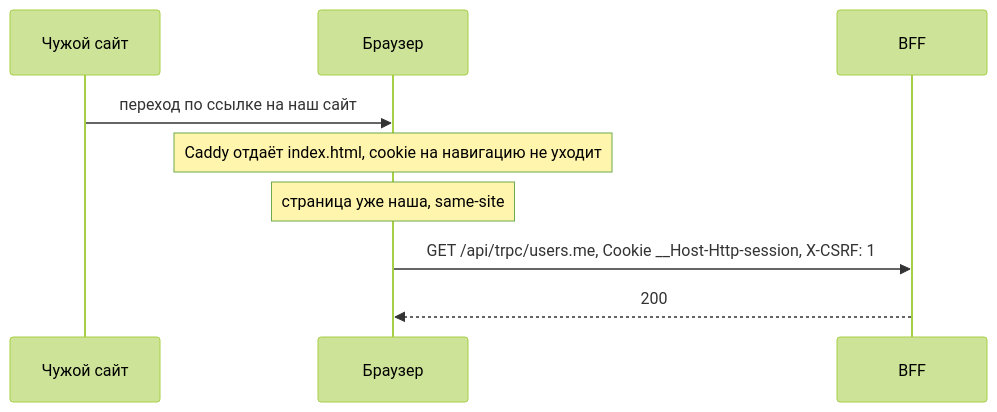
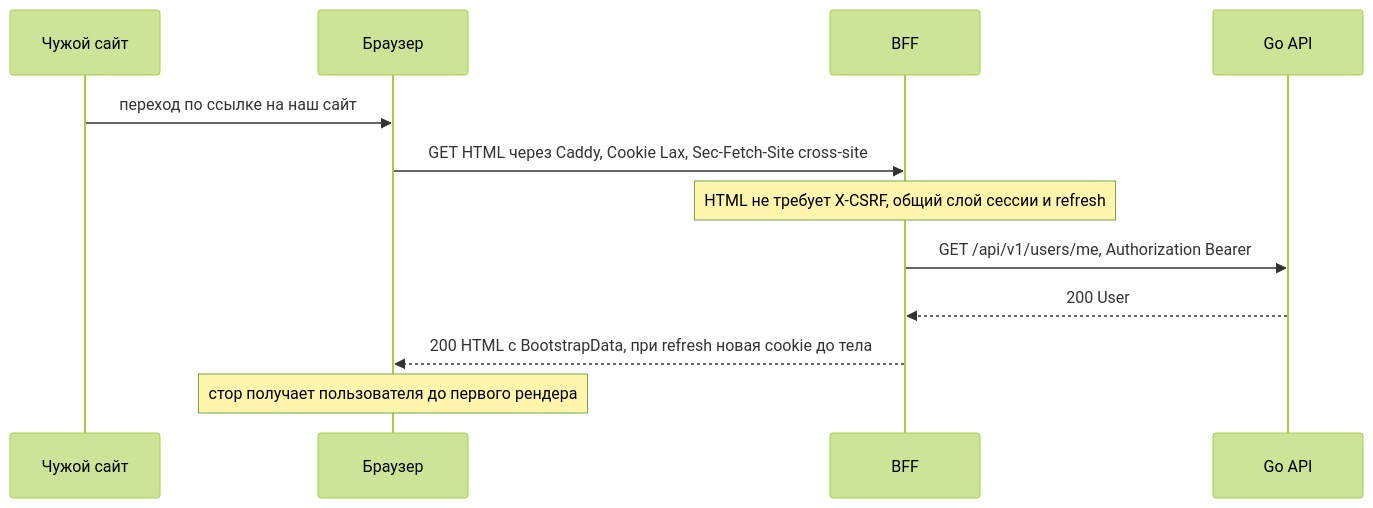
The ninth of 10 diagrams in site/modules/2/tracks/bff/auth.md (Cringe-Driven-Development-Team/docs), drawn with Mermaid (forest theme) before and after one commit. The commit also changed other lines of this file and 6 other files, not shown here.

````diff
--- a/site/modules/2/tracks/bff/auth.md
+++ b/site/modules/2/tracks/bff/auth.md
@@ -340,11 +358,14 @@
 ```mermaid
 sequenceDiagram
   participant E as Чужой сайт
   participant B as Браузер
   participant P as BFF
+  participant A as Go API
   E->>B: переход по ссылке на наш сайт
-  Note over B: Caddy отдаёт index.html, cookie на навигацию не уходит
-  Note over B: страница уже наша, same-site
-  B->>P: GET /api/trpc/users.me, Cookie __Host-Http-session, X-CSRF: 1
-  P-->>B: 200
+  B->>P: GET HTML через Caddy, Cookie Lax, Sec-Fetch-Site cross-site
+  Note over P: HTML не требует X-CSRF, общий слой сессии и refresh
+  P->>A: GET /api/v1/users/me, Authorization Bearer
+  A-->>P: 200 User
+  P-->>B: 200 HTML с BootstrapData, при refresh новая cookie до тела
+  Note over B: стор получает пользователя до первого рендера
 ```
````
